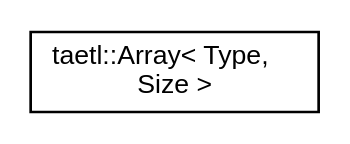
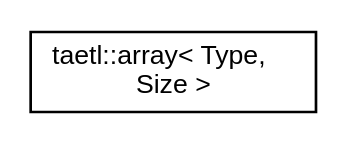
One commit to tobanteAudio/taetl changed the diagram in inherit_graph_0.dot. Above: the diagram before and after it, drawn with Graphviz. The commit also changed 83 other files, not shown here.

```diff
--- a/inherit_graph_0.dot
+++ b/inherit_graph_0.dot
@@ -1,7 +1,7 @@
 digraph "Graphical Class Hierarchy"
 {
   edge [fontname="Helvetica",fontsize="10",labelfontname="Helvetica",labelfontsize="10"];
   node [fontname="Helvetica",fontsize="10",shape=record];
   rankdir="LR";
-  Node0 [label="taetl::Array\< Type,\l Size \>",height=0.2,width=0.4,color="black", fillcolor="white", style="filled",URL="$classtaetl_1_1Array.html",tooltip="Array class with fixed size capacity. "];
+  Node0 [label="taetl::array\< Type,\l Size \>",height=0.2,width=0.4,color="black", fillcolor="white", style="filled",URL="$classtaetl_1_1array.html",tooltip="array class with fixed size capacity. "];
 }
```
